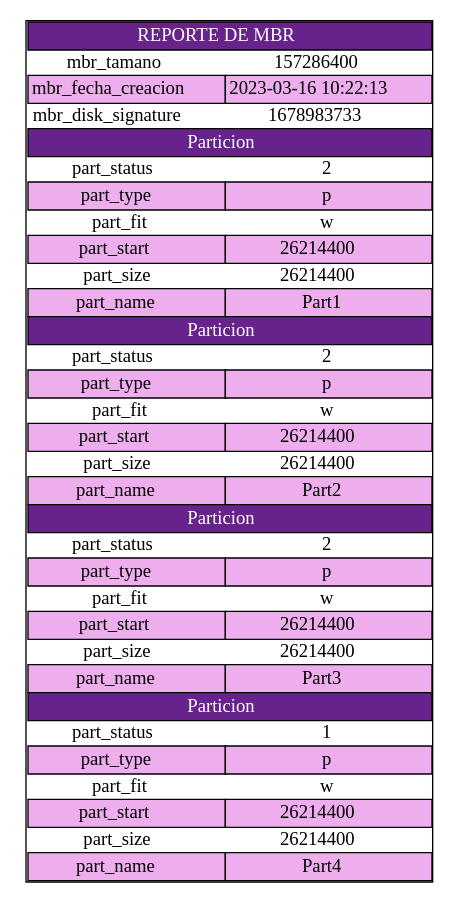
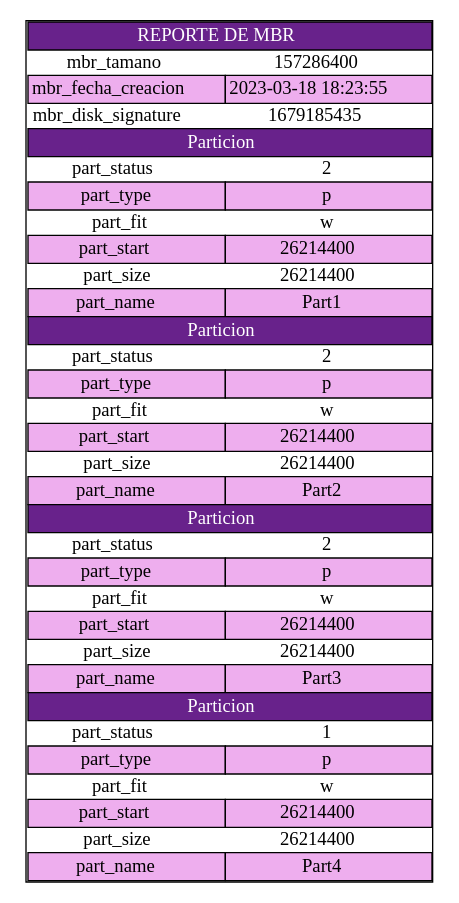
The diagram in Proyecto/cmake-build-debug/mbr.dot (diegomazariegos2002/_MIA1S2023_PROYECTO1), drawn with Graphviz before and after one commit. The commit also changed 19 other files, not shown here.

```diff
--- a/Proyecto/cmake-build-debug/mbr.dot
+++ b/Proyecto/cmake-build-debug/mbr.dot
@@ -1,18 +1,18 @@
 digraph G {
 node[shape=none]
 start[label=<<table CELLSPACING="0">
 <tr><td colspan="2" bgcolor="darkorchid4"><font color="white">REPORTE DE MBR</font></td></tr>
 <tr>
 <td border="0">mbr_tamano</td>
 <td border="0">157286400</td>
 </tr>
 <tr>
 <td bgcolor="plum2">mbr_fecha_creacion</td>
-<td bgcolor="plum2">2023-03-16 10:22:13</td>
+<td bgcolor="plum2">2023-03-18 18:23:55</td>
 </tr>
 <tr>
 <td border="0">mbr_disk_signature</td>
-<td border="0">1678983733</td>
+<td border="0">1679185435</td>
 </tr>
 <tr><td colspan="2" bgcolor="darkorchid4"><font color="white">Particion</font></td></tr><tr><td border="0">part_status</td><td border="0">2</td></tr><tr><td bgcolor="plum2">part_type</td><td bgcolor="plum2">p</td></tr><tr><td border="0">part_fit</td><td border="0">w</td></tr><tr><td bgcolor="plum2">part_start</td><td bgcolor="plum2">26214400</td></tr><tr><td border="0">part_size</td><td border="0">26214400</td></tr><tr><td bgcolor="plum2">part_name</td><td bgcolor="plum2">Part1</td></tr><tr><td colspan="2" bgcolor="darkorchid4"><font color="white">Particion</font></td></tr><tr><td border="0">part_status</td><td border="0">2</td></tr><tr><td bgcolor="plum2">part_type</td><td bgcolor="plum2">p</td></tr><tr><td border="0">part_fit</td><td border="0">w</td></tr><tr><td bgcolor="plum2">part_start</td><td bgcolor="plum2">26214400</td></tr><tr><td border="0">part_size</td><td border="0">26214400</td></tr><tr><td bgcolor="plum2">part_name</td><td bgcolor="plum2">Part2</td></tr><tr><td colspan="2" bgcolor="darkorchid4"><font color="white">Particion</font></td></tr><tr><td border="0">part_status</td><td border="0">2</td></tr><tr><td bgcolor="plum2">part_type</td><td bgcolor="plum2">p</td></tr><tr><td border="0">part_fit</td><td border="0">w</td></tr><tr><td bgcolor="plum2">part_start</td><td bgcolor="plum2">26214400</td></tr><tr><td border="0">part_size</td><td border="0">26214400</td></tr><tr><td bgcolor="plum2">part_name</td><td bgcolor="plum2">Part3</td></tr><tr><td colspan="2" bgcolor="darkorchid4"><font color="white">Particion</font></td></tr><tr><td border="0">part_status</td><td border="0">1</td></tr><tr><td bgcolor="plum2">part_type</td><td bgcolor="plum2">p</td></tr><tr><td border="0">part_fit</td><td border="0">w</td></tr><tr><td bgcolor="plum2">part_start</td><td bgcolor="plum2">26214400</td></tr><tr><td border="0">part_size</td><td border="0">26214400</td></tr><tr><td bgcolor="plum2">part_name</td><td bgcolor="plum2">Part4</td></tr></table>>];
 }
```
